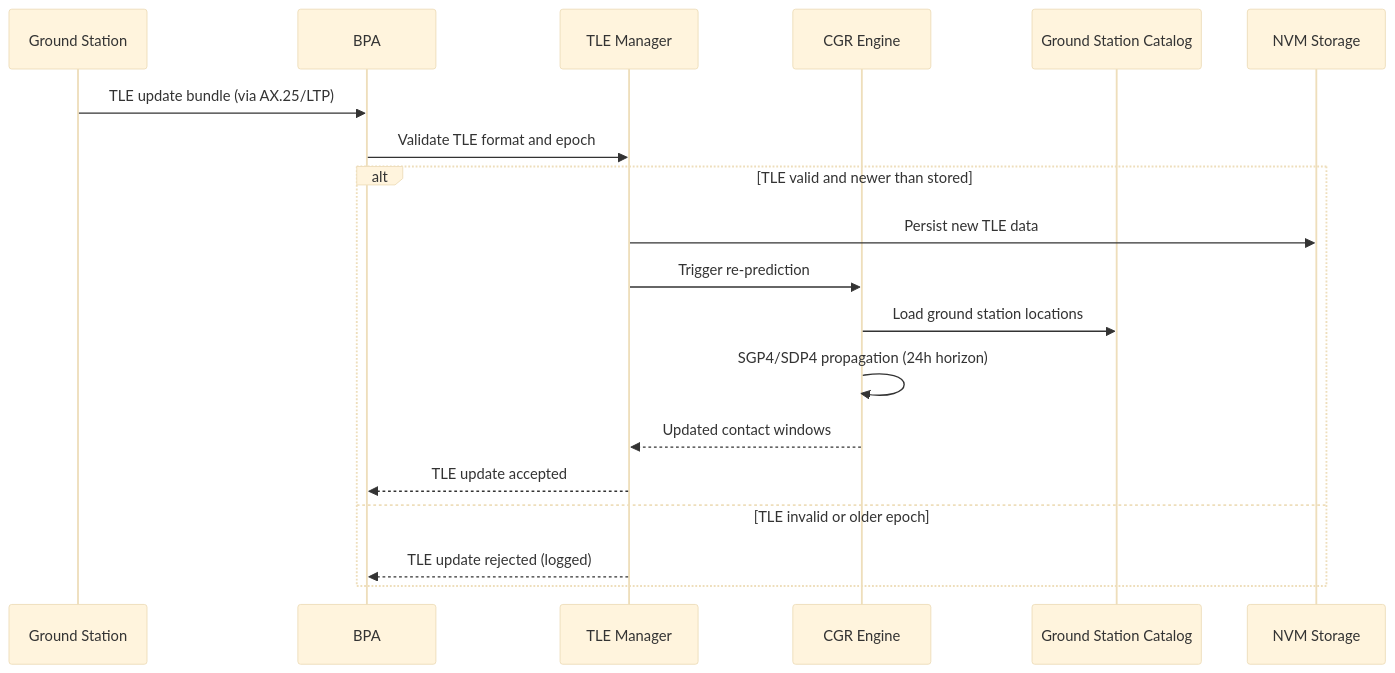
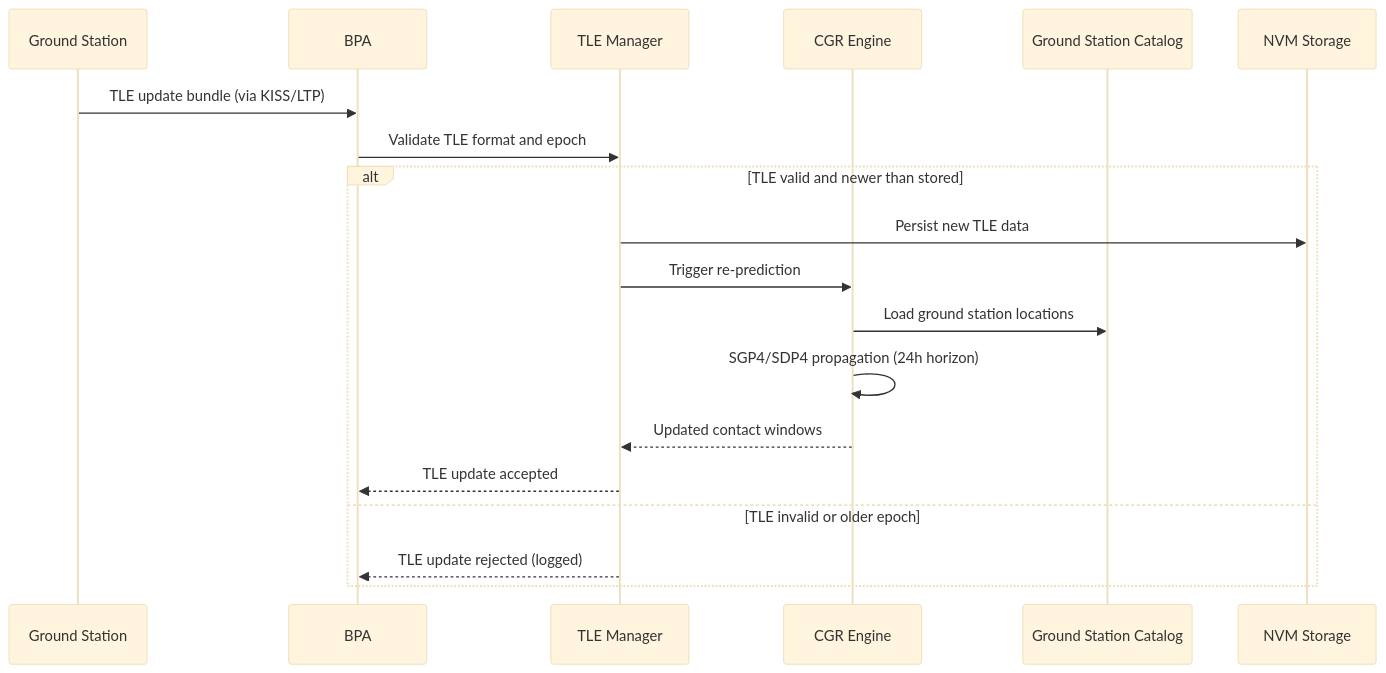
Before and after one commit to g4dpz/cislunar_proposal: the fifth of 6 diagrams in docs/leo-cubesat-phase3/design.md, drawn with Mermaid (base theme). The commit also changed other lines of this file and 17 other files, not shown here.

Commit message:
Replace AX.25 with LTP-over-KISS and dtn:// EIDs across all specs, add cislunar redirect conf

````diff
--- a/docs/leo-cubesat-phase3/design.md
+++ b/docs/leo-cubesat-phase3/design.md
@@ -221,22 +221,22 @@
 ```mermaid
 sequenceDiagram
     participant GS as Ground Station
     participant BPA as BPA
     participant TLE as TLE Manager
     participant CGR as CGR Engine
     participant CAT as Ground Station Catalog
     participant NVM as NVM Storage
 
-    GS->>BPA: TLE update bundle (via AX.25/LTP)
+    GS->>BPA: TLE update bundle (via KISS/LTP)
     BPA->>TLE: Validate TLE format and epoch
     alt TLE valid and newer than stored
         TLE->>NVM: Persist new TLE data
         TLE->>CGR: Trigger re-prediction
         CGR->>CAT: Load ground station locations
         CGR->>CGR: SGP4/SDP4 propagation (24h horizon)
         CGR-->>TLE: Updated contact windows
         TLE-->>BPA: TLE update accepted
     else TLE invalid or older epoch
         TLE-->>BPA: TLE update rejected (logged)
     end
 ```
````
